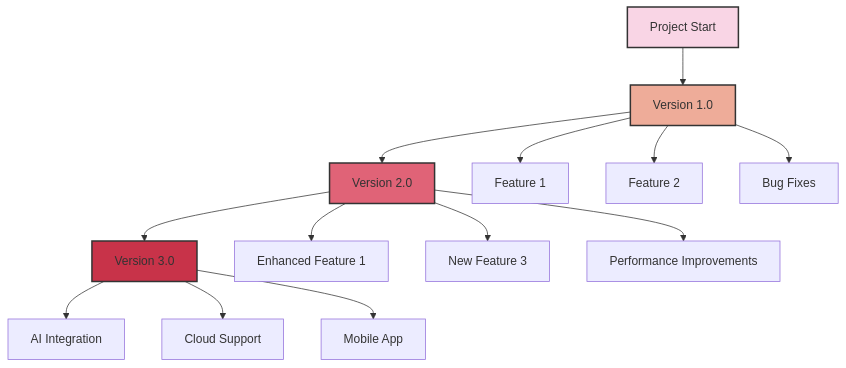
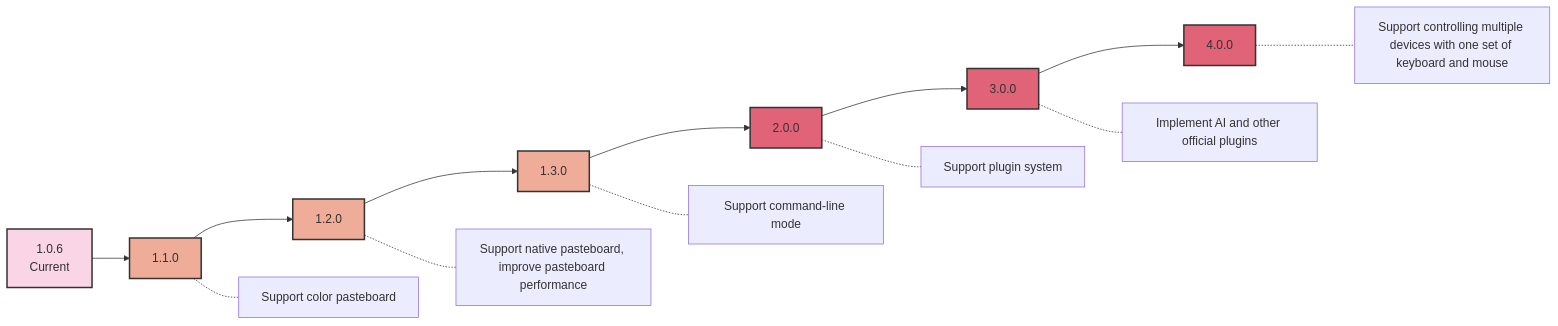
Before and after one commit to CrossPaste/crosspaste-desktop: the diagram in Roadmap.md, drawn with Mermaid. The commit also changed other lines of this file and 3 other files, not shown here.

Commit message:
:memo: Create project roadmap document

````diff
--- a/Roadmap.md
+++ b/Roadmap.md
@@ -1,23 +5,23 @@
 ```mermaid
-graph TD
-A[Project Start] --> B[Version 1.0]
-B --> C[Version 2.0]
-C --> D[Version 3.0]
+graph LR
+    A[1.0.6<br/>Current] --> B[1.1.0]
+    B --> C[1.2.0]
+    C --> D[1.3.0]
+    D --> E[2.0.0]
+    E --> F[3.0.0]
+    F --> G[4.0.0]
 
-B --> B1[Feature 1]
-B --> B2[Feature 2]
-B --> B3[Bug Fixes]
+    B -.- B1[Support color pasteboard]
+    C -.- C1[Support native pasteboard, improve pasteboard performance]
+    D -.- D1[Support command-line mode]
+    E -.- E1[Support plugin system]
+    F -.- F1[Implement AI and other official plugins]
+    G -.- G2[Support controlling multiple devices with one set of keyboard and mouse]
 
-C --> C1[Enhanced Feature 1]
-C --> C2[New Feature 3]
-C --> C3[Performance Improvements]
-
-D --> D1[AI Integration]
-D --> D2[Cloud Support]
-D --> D3[Mobile App]
-
-style A fill:#f9d5e5,stroke:#333,stroke-width:2px
-style B fill:#eeac99,stroke:#333,stroke-width:2px
-style C fill:#e06377,stroke:#333,stroke-width:2px
-style D fill:#c83349,stroke:#333,stroke-width:2px
+    classDef current fill:#f9d5e5,stroke:#333,stroke-width:2px
+    classDef minor fill:#eeac99,stroke:#333,stroke-width:2px
+    classDef major fill:#e06377,stroke:#333,stroke-width:2px
+    class A current
+    class B,C,D minor
+    class E,F,G major
 ```
````
